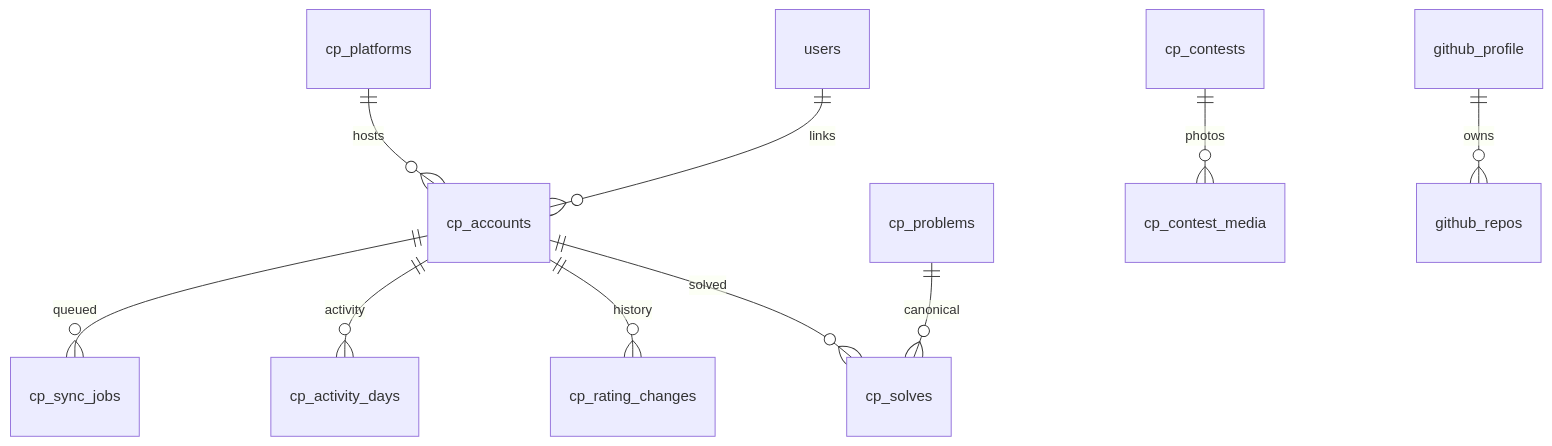
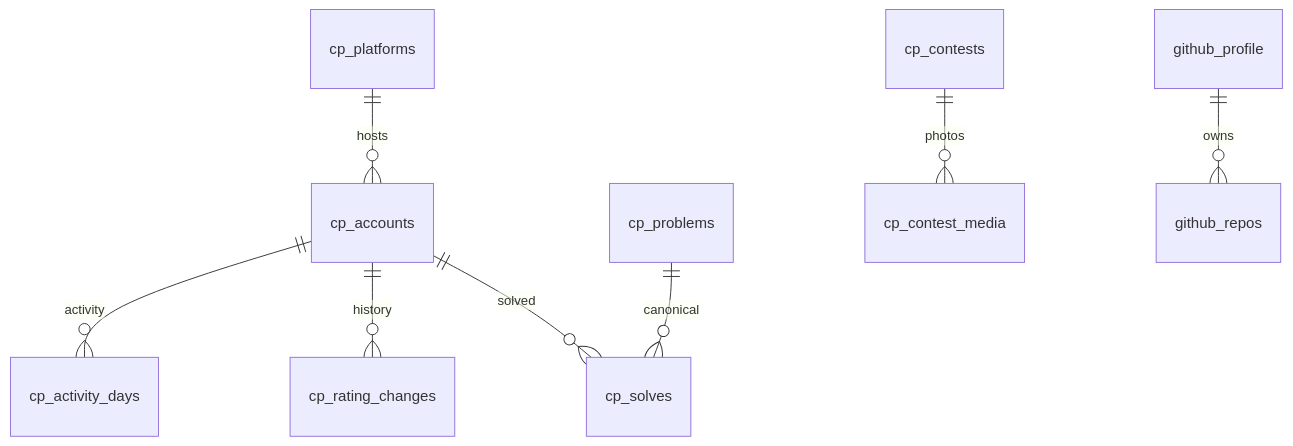
One commit to eyasir329/portfolio changed the second of 6 diagrams in docs/07-database-design.md. Above: the diagram before and after it, drawn with Mermaid. The commit also changed other lines of this file and 24 other files, not shown here.

````diff
--- a/docs/07-database-design.md
+++ b/docs/07-database-design.md
@@ -78,12 +78,10 @@
 ```mermaid
 erDiagram
-  users ||--o{ cp_accounts : links
   cp_platforms ||--o{ cp_accounts : hosts
   cp_accounts ||--o{ cp_solves : solved
   cp_problems ||--o{ cp_solves : canonical
   cp_accounts ||--o{ cp_rating_changes : history
   cp_accounts ||--o{ cp_activity_days : activity
-  cp_accounts ||--o{ cp_sync_jobs : queued
   cp_contests ||--o{ cp_contest_media : photos
   github_profile ||--o{ github_repos : owns
 ```
````
